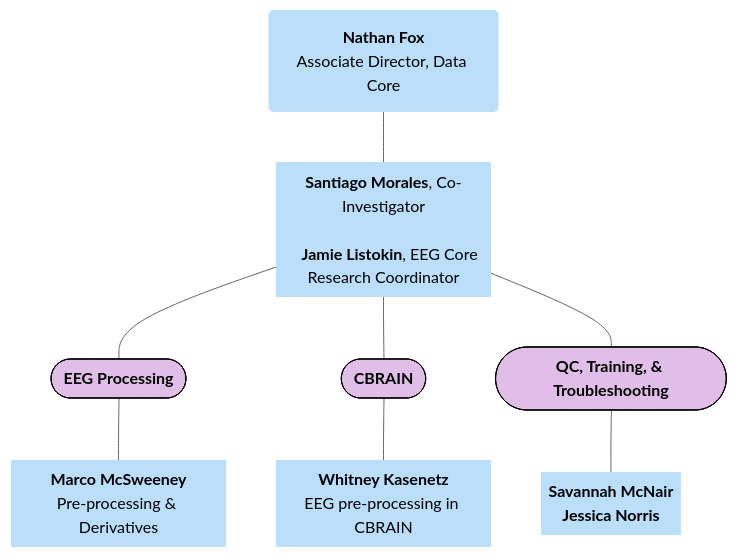
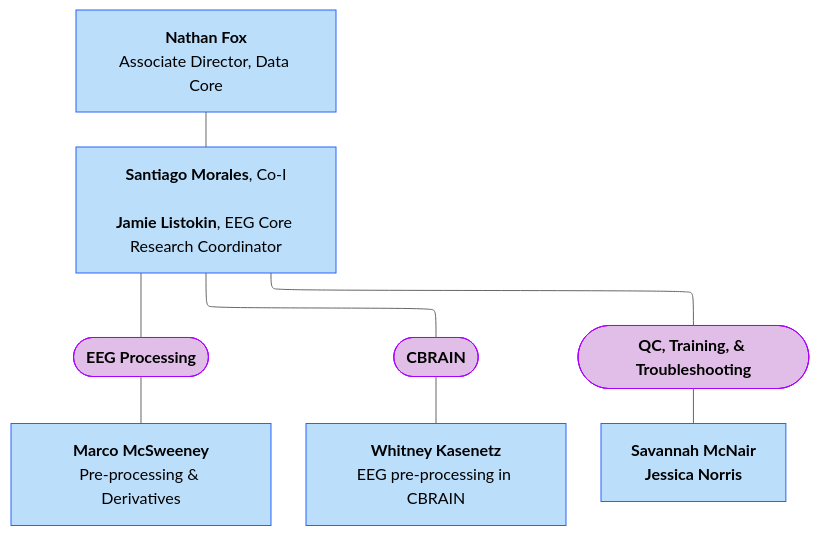
Before and after one commit to DCAN-Labs/hbcd-docs-internal: the tenth of 10 diagrams in docs/orgcharts.md, drawn with Mermaid (neutral theme). The commit also changed 2 other files, not shown here.

Commit message:
remove redundant mermaid js code

````diff
--- a/docs/orgcharts.md
+++ b/docs/orgcharts.md
@@ -609,26 +609,21 @@
 ```mermaid
 ---
 config:
-  layout: dagre
+  layout: elk
 ---
 flowchart TB
-    n16["<b>Nathan Fox</b><br>Associate Director, Data Core"] --- UMD2["<b>Santiago Morales</b>, Co-Investigator<br>
-    <b>Jamie Listokin</b>, EEG Core Research Coordinator"]
+    n16["<b>Nathan Fox</b><br>Associate Director, Data Core"]
+    --- UMD2["<b>Santiago Morales</b>, Co-I<br><br><b>Jamie Listokin</b>, EEG Core Research Coordinator"]
     UMD2 --- n17(["<b>EEG Processing</b>"]) & n18(["<b>CBRAIN</b>"]) & n21(["<b>QC, Training, &amp; Troubleshooting</b>"])
-    n17 --- n19@{ label: "<span style=\"--tw-scale-x:\"><b>Marco McSweeney</b><br>Pre-processing &amp; Derivatives</span>" }
-    n18 --- n20@{ label: "<span style=\"--tw-scale-x:\"><b>Whitney Kasenetz</b></span><br style=\"--tw-scale-x:\">EEG pre-processing in CBRAIN" }
-    n21 --- n22@{ label: "<b><span style=\"--tw-scale-x:\">Savannah McNair</span><br style=\"--tw-scale-x:\"><span style=\"--tw-scale-x:\">Jessica Norris</span></b>" }
-    n16@{ shape: rounded}
-    UMD2@{ shape: text}
-    n19@{ shape: text}
-    n20@{ shape: text}
-    n22@{ shape: text}
-    style n16 fill:#BBDEFB,stroke:none
-    style UMD2 fill:#BBDEFB
-    style n17 fill:#E1BEE7,stroke:#000000
-    style n18 fill:#E1BEE7,stroke:#000000
-    style n21 fill:#E1BEE7,stroke:#000000
-    style n19 fill:#BBDEFB
-    style n20 fill:#BBDEFB
-    style n22 fill:#BBDEFB
+    n17 --- n19["<b>Marco McSweeney</b><br>Pre-processing &amp; Derivatives"]
+    n18 --- n20["<b>Whitney Kasenetz</b><br>EEG pre-processing in CBRAIN"]
+    n21 --- n22["<b>Savannah McNair<br>Jessica Norris</b>"]
+    style n16 fill:#BBDEFB,stroke:#2962FF
+    style UMD2 fill:#BBDEFB,stroke:#2962FF
+    style n17 fill:#E1BEE7,stroke:#AA00FF
+    style n18 fill:#E1BEE7,stroke:#AA00FF
+    style n21 fill:#E1BEE7,stroke:#AA00FF
+    style n19 fill:#BBDEFB,stroke:#2962FF
+    style n20 fill:#BBDEFB,stroke:#2962FF
+    style n22 fill:#BBDEFB,stroke:#2962FF
 ```
````
